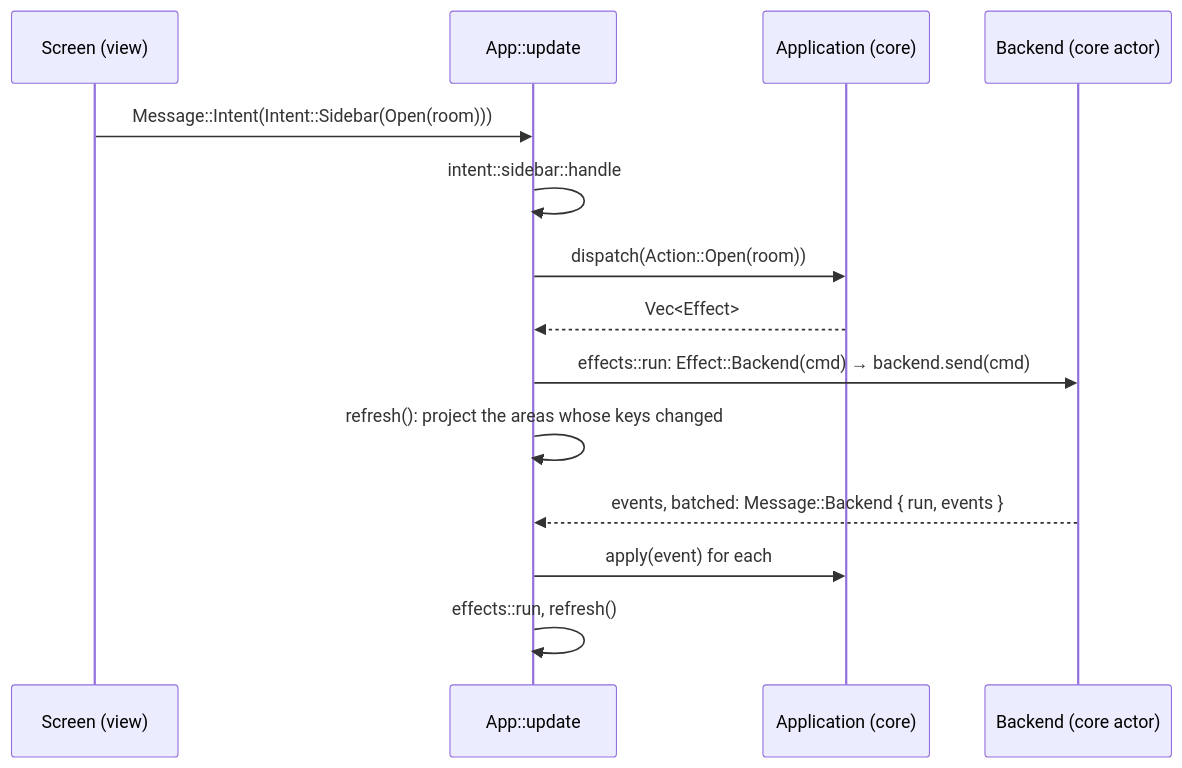
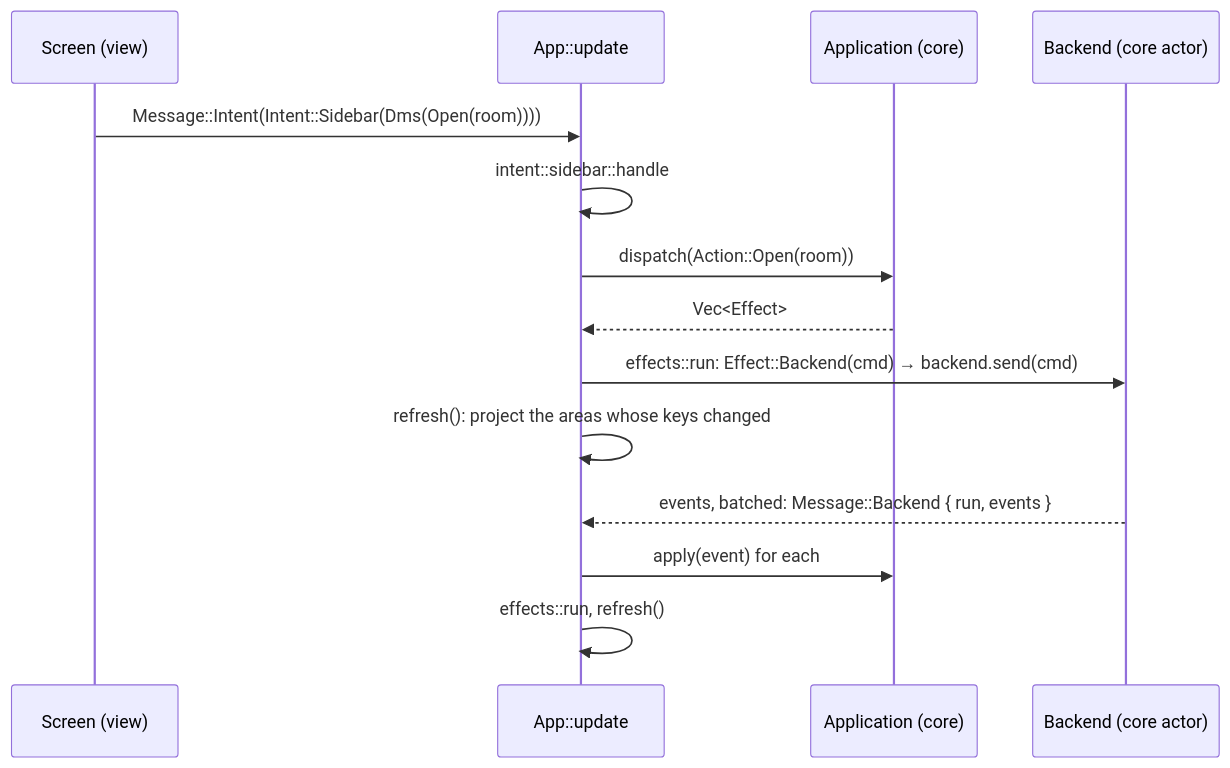
The second of 2 diagrams in docs/iced/README.md (yapfast/yapfast), drawn with Mermaid before and after one commit. The commit also changed other lines of this file and 650 other files, not shown here.

````diff
--- a/docs/iced/README.md
+++ b/docs/iced/README.md
@@ -112,16 +145,16 @@
 ```mermaid
 sequenceDiagram
     participant S as Screen (view)
     participant U as App::update
     participant C as Application (core)
     participant B as Backend (core actor)
-    S->>U: Message::Intent(Intent::Sidebar(Open(room)))
+    S->>U: Message::Intent(Intent::Sidebar(Dms(Open(room))))
     U->>U: intent::sidebar::handle
     U->>C: dispatch(Action::Open(room))
     C-->>U: Vec<Effect>
     U->>B: effects::run: Effect::Backend(cmd) → backend.send(cmd)
     U->>U: refresh(): project the areas whose keys changed
     B-->>U: events, batched: Message::Backend { run, events }
     U->>C: apply(event) for each
     U->>U: effects::run, refresh()
 ```
````
